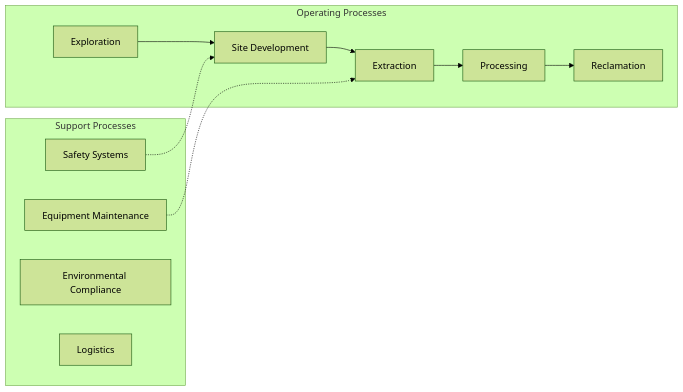
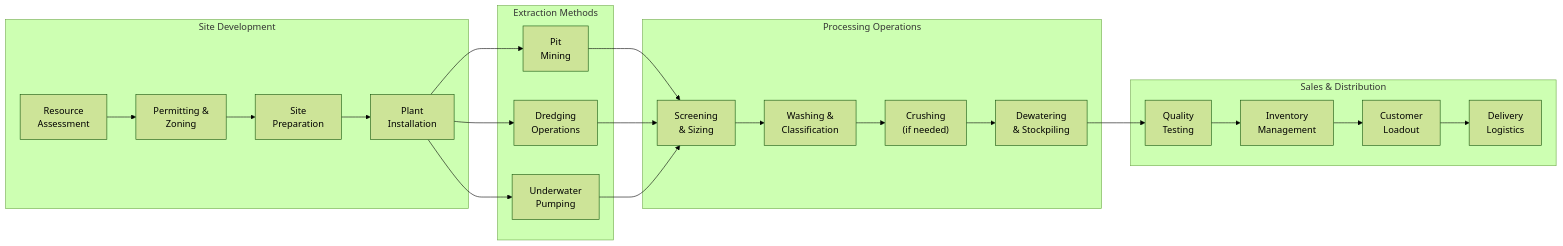
The second of 3 diagrams in industries/Mining/NonmetallicMineralMining/Sand/index.mdx (kziemski/business.org.ai), drawn with Mermaid (forest theme) before and after one commit. The commit also changed other lines of this file and 67 other files, not shown here.

````diff
--- a/industries/Mining/NonmetallicMineralMining/Sand/index.mdx
+++ b/industries/Mining/NonmetallicMineralMining/Sand/index.mdx
@@ -60,24 +82,37 @@
 ```mermaid
 flowchart LR
-    subgraph Operating["Operating Processes"]
-        O1["Exploration"]
-        O2["Site Development"]
-        O3["Extraction"]
-        O4["Processing"]
-        O5["Reclamation"]
+    subgraph Development["Site Development"]
+        D1["Resource<br/>Assessment"]
+        D2["Permitting &<br/>Zoning"]
+        D3["Site<br/>Preparation"]
+        D4["Plant<br/>Installation"]
     end
 
-    subgraph Support["Support Processes"]
-        S1["Safety Systems"]
-        S2["Equipment Maintenance"]
-        S3["Environmental Compliance"]
-        S4["Logistics"]
+    subgraph Extraction["Extraction Methods"]
+        E1["Pit<br/>Mining"]
+        E2["Dredging<br/>Operations"]
+        E3["Underwater<br/>Pumping"]
     end
 
-    O1 --> O2
-    O2 --> O3
-    O3 --> O4
-    O4 --> O5
-    S1 -.-> O2
-    S2 -.-> O3
+    subgraph Processing["Processing Operations"]
+        P1["Screening<br/>& Sizing"]
+        P2["Washing &<br/>Classification"]
+        P3["Crushing<br/>(if needed)"]
+        P4["Dewatering<br/>& Stockpiling"]
+    end
+
+    subgraph Distribution["Sales & Distribution"]
+        S1["Quality<br/>Testing"]
+        S2["Inventory<br/>Management"]
+        S3["Customer<br/>Loadout"]
+        S4["Delivery<br/>Logistics"]
+    end
+
+    D1 --> D2 --> D3 --> D4
+    D4 --> E1 & E2 & E3
+    E1 --> P1
+    E2 --> P1
+    E3 --> P1
+    P1 --> P2 --> P3 --> P4
+    P4 --> S1 --> S2 --> S3 --> S4
 ```
````
